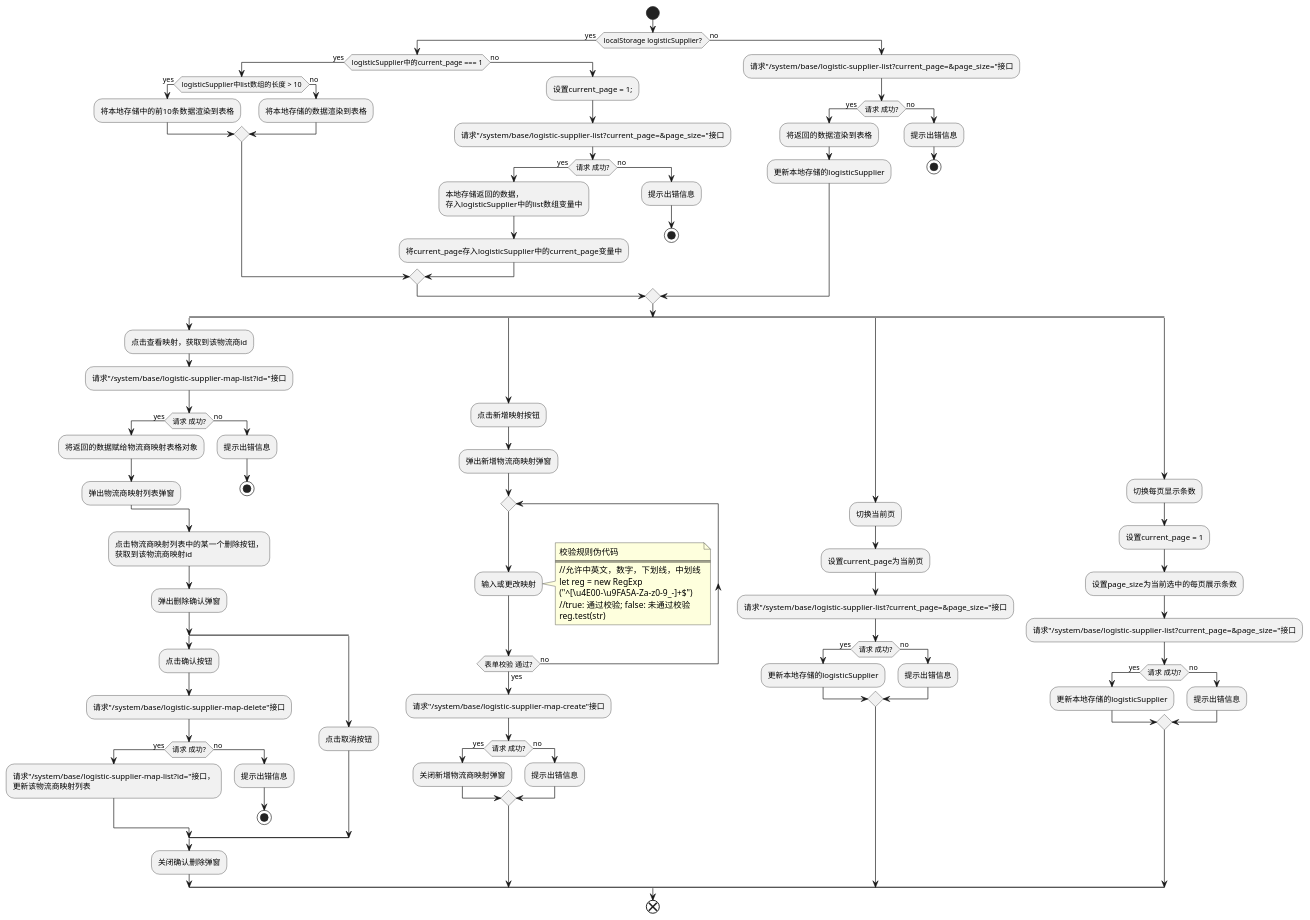
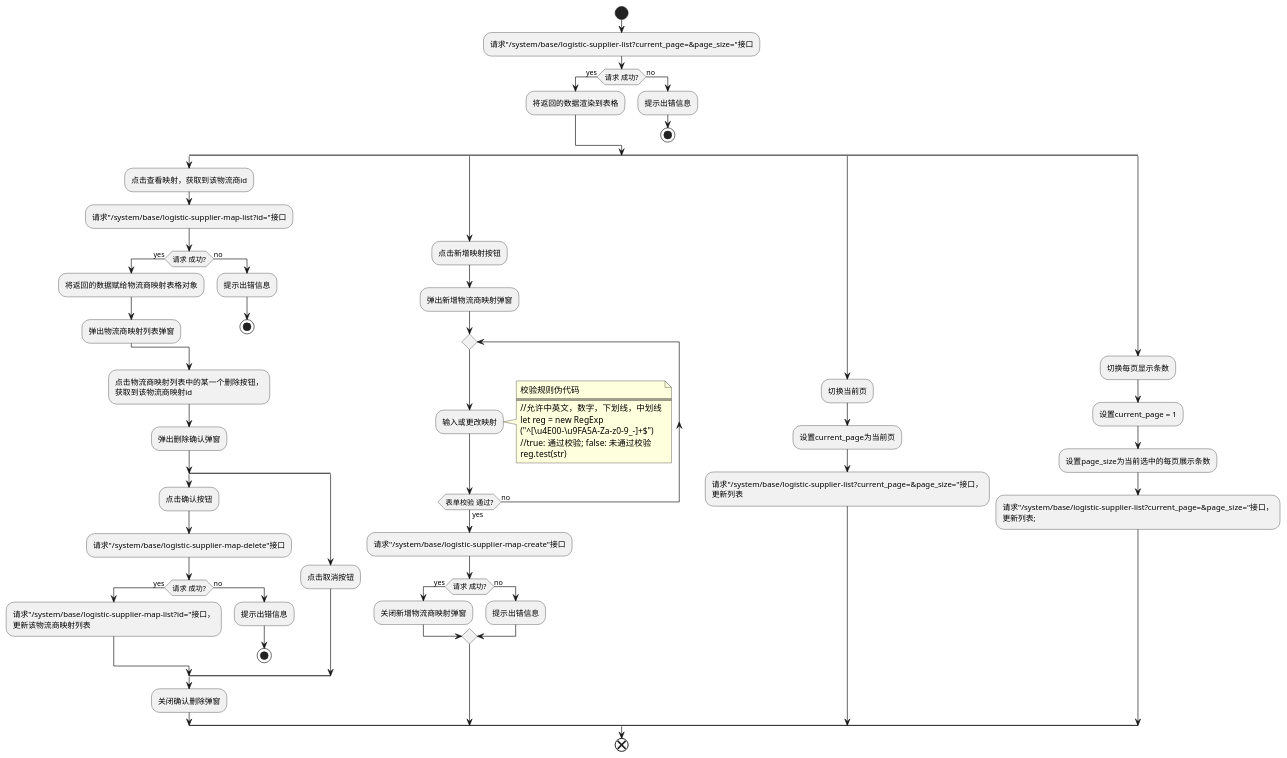
One commit to futurekidult/lis changed the diagram in docs/development-flow-diagram.puml/system/get-logistics-supplier.puml. Above: the diagram before and after it, drawn with PlantUML. The commit also changed 9 other files, not shown here.

```diff
--- a/docs/development-flow-diagram.puml/system/get-logistics-supplier.puml
+++ b/docs/development-flow-diagram.puml/system/get-logistics-supplier.puml
@@ -1,103 +1,73 @@
 @startuml
 
 start
-if(localStorage logisticSupplier?) then (yes)
-  if(logisticSupplier中的current_page === 1) then (yes)
-    if(logisticSupplier中list数组的长度 > 10) then (yes)
-      :将本地存储中的前10条数据渲染到表格;
-    else (no)
-      :将本地存储的数据渲染到表格;
-    endif
-  else (no)
-    :设置current_page = 1;;
-    :请求"/system/base/logistic-supplier-list?current_page=&page_size="接口;
-    if(请求 成功?) then (yes)
-      :本地存储返回的数据，
-      存入logisticSupplier中的list数组变量中;
-      :将current_page存入logisticSupplier中的current_page变量中;
-    else (no)
-      :提示出错信息;
-      stop
-    endif
-  endif
-else (no)
   :请求"/system/base/logistic-supplier-list?current_page=&page_size="接口;
   if(请求 成功?) then (yes)
     :将返回的数据渲染到表格;
-    :更新本地存储的logisticSupplier;
   else (no)
     :提示出错信息;
     stop
   endif
-endif
 split
   :点击查看映射，获取到该物流商id;
   :请求"/system/base/logistic-supplier-map-list?id="接口;
   if(请求 成功?) then (yes)
     :将返回的数据赋给物流商映射表格对象;
     :弹出物流商映射列表弹窗;
   else (no)
     :提示出错信息;
     stop
   endif
   :点击物流商映射列表中的某一个删除按钮，
   获取到该物流商映射id;
   :弹出删除确认弹窗;
   split
     :点击确认按钮;
     :请求"/system/base/logistic-supplier-map-delete"接口;
     if(请求 成功?) then (yes)
       :请求"/system/base/logistic-supplier-map-list?id="接口，
       更新该物流商映射列表;
     else (no)
       :提示出错信息;
       stop
     endif
   split again
     :点击取消按钮;
   end split
   :关闭确认删除弹窗;
 split again
   :点击新增映射按钮;
   :弹出新增物流商映射弹窗;
   repeat
     :输入或更改映射;
   repeat while(表单校验 通过?) is (no) not (yes)
   note right 
     校验规则伪代码
     ====
     //允许中英文，数字，下划线，中划线
     let reg = new RegExp
     ("^[\u4E00-\u9FA5A-Za-z0-9_-]+$")
     //true: 通过校验; false: 未通过校验
     reg.test(str) 
   end note
   :请求"/system/base/logistic-supplier-map-create"接口;
   if(请求 成功?) then (yes)
     :关闭新增物流商映射弹窗;
   else (no)
     :提示出错信息;
   endif    
 split again
   :切换当前页;
   :设置current_page为当前页;
-  :请求"/system/base/logistic-supplier-list?current_page=&page_size="接口;
-  if(请求 成功?) then (yes)
-    :更新本地存储的logisticSupplier;
-  else (no)
-    :提示出错信息;
-  endif
+  :请求"/system/base/logistic-supplier-list?current_page=&page_size="接口，
+  更新列表;
 split again 
   :切换每页显示条数;
   :设置current_page = 1;
   :设置page_size为当前选中的每页展示条数;
-  :请求"/system/base/logistic-supplier-list?current_page=&page_size="接口;
-  if(请求 成功?) then (yes)
-    :更新本地存储的logisticSupplier;
-  else (no)
-    :提示出错信息;
-  endif
+  :请求"/system/base/logistic-supplier-list?current_page=&page_size="接口，
+  更新列表;;
 end split
 end
 
 @enduml
```
